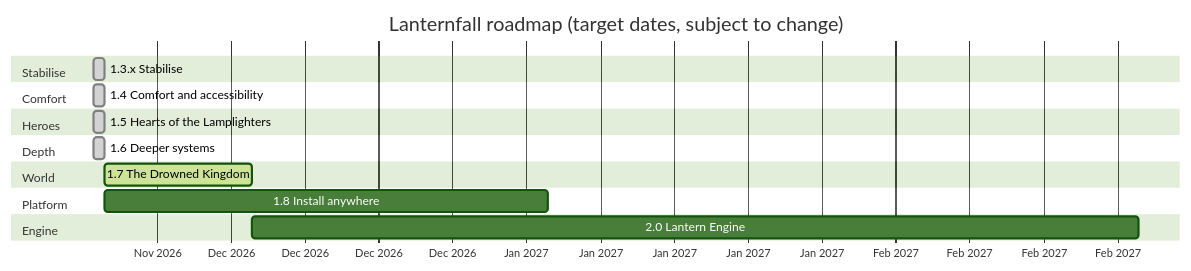
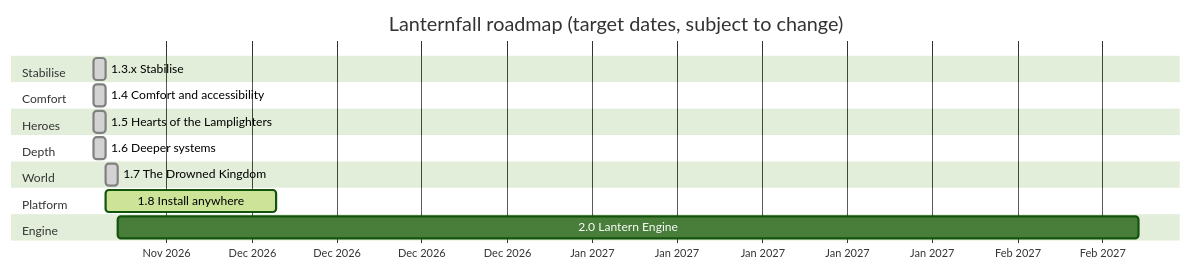
One commit to CptNope/Laternfall changed the third of 11 diagrams in ROADMAP.md. Above: the diagram before and after it, drawn with Mermaid (forest theme). The commit also changed other lines of this file and 38 other files, not shown here.

First line of the commit message:
1.8.0 Install anywhere: offline app, desktop builds, trophies, speedrun mode

````diff
--- a/ROADMAP.md
+++ b/ROADMAP.md
@@ -99,20 +99,20 @@
 ```mermaid
 gantt
     title Lanternfall roadmap (target dates, subject to change)
     dateFormat YYYY-MM-DD
     axisFormat %b %Y
     section Stabilise
     1.3.x Stabilise                  :done, m13, 2026-11-23, 1d
     section Comfort
     1.4 Comfort and accessibility    :done, m14, 2026-11-23, 1d
     section Heroes
     1.5 Hearts of the Lamplighters   :done, m15, 2026-11-23, 1d
     section Depth
     1.6 Deeper systems               :done, m16, 2026-11-23, 1d
     section World
-    1.7 The Drowned Kingdom          :active, m17, 2026-11-24, 2w
+    1.7 The Drowned Kingdom          :done, m17, 2026-11-24, 1d
     section Platform
-    1.8 Install anywhere             :m18, after m14, 6w
+    1.8 Install anywhere             :active, m18, 2026-11-24, 2w
     section Engine
     2.0 Lantern Engine               :m20, after m17, 12w
 ```
````
